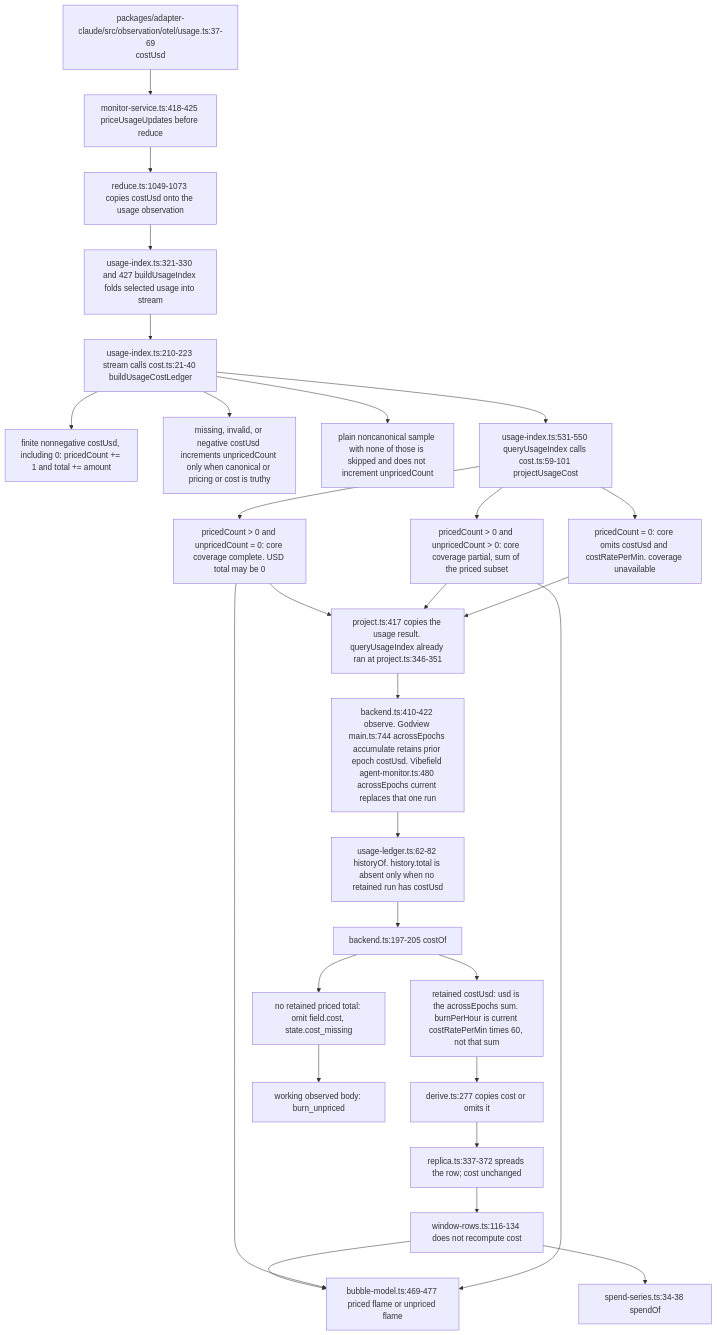
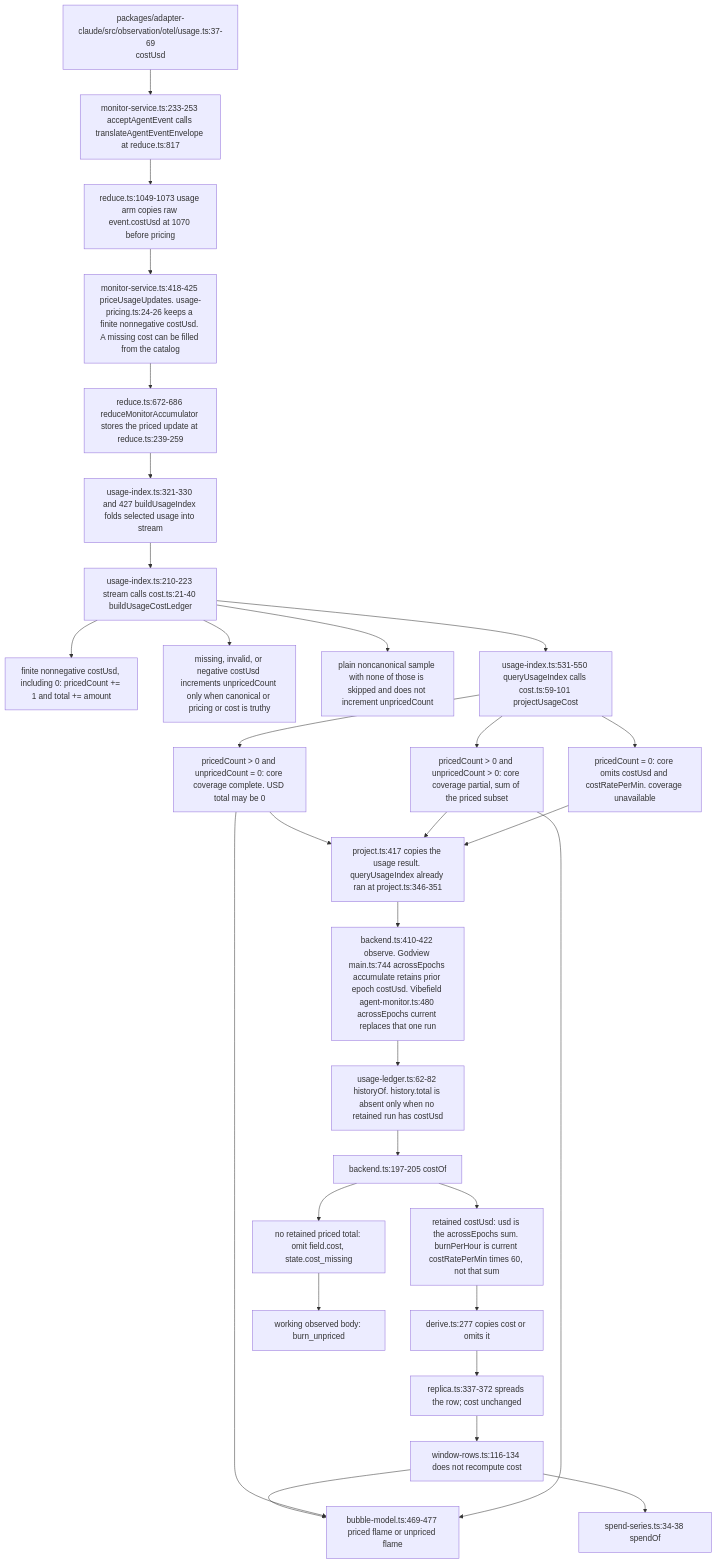
One commit to vibefield/vibefield changed the diagram in audit/godview/evidence/claude/cost.mmd. Above: the diagram before and after it, drawn with Mermaid. The commit also changed 40 other files, not shown here.

```diff
--- a/audit/godview/evidence/claude/cost.mmd
+++ b/audit/godview/evidence/claude/cost.mmd
@@ -1,32 +1,34 @@
 %% field: field.cost.usd
 %% adapter: claude
 %% forensic: source-read; liveObserved false
 flowchart TD
   signal["packages/adapter-claude/src/observation/otel/usage.ts:37-69\ncostUsd"]
-  signal --> price["monitor-service.ts:418-425 priceUsageUpdates before reduce"]
-  price --> reduce["reduce.ts:1049-1073 copies costUsd onto the usage observation"]
-  reduce --> index["usage-index.ts:321-330 and 427 buildUsageIndex folds selected usage into stream"]
+  signal --> accept["monitor-service.ts:233-253 acceptAgentEvent calls translateAgentEventEnvelope at reduce.ts:817"]
+  accept --> translate["reduce.ts:1049-1073 usage arm copies raw event.costUsd at 1070 before pricing"]
+  translate --> price["monitor-service.ts:418-425 priceUsageUpdates. usage-pricing.ts:24-26 keeps a finite nonnegative costUsd. A missing cost can be filled from the catalog"]
+  price --> accum["reduce.ts:672-686 reduceMonitorAccumulator stores the priced update at reduce.ts:239-259"]
+  accum --> index["usage-index.ts:321-330 and 427 buildUsageIndex folds selected usage into stream"]
   index --> counts["usage-index.ts:210-223 stream calls cost.ts:21-40 buildUsageCostLedger"]
   counts --> pricedObs["finite nonnegative costUsd, including 0: pricedCount += 1 and total += amount"]
   counts --> guarded["missing, invalid, or negative costUsd increments unpricedCount only when canonical or pricing or cost is truthy"]
   counts --> skipped["plain noncanonical sample with none of those is skipped and does not increment unpricedCount"]
   counts --> decide["usage-index.ts:531-550 queryUsageIndex calls cost.ts:59-101 projectUsageCost"]
   decide --> complete["pricedCount > 0 and unpricedCount = 0: core coverage complete. USD total may be 0"]
   decide --> partialCore["pricedCount > 0 and unpricedCount > 0: core coverage partial, sum of the priced subset"]
   decide --> coreNone["pricedCount = 0: core omits costUsd and costRatePerMin. coverage unavailable"]
   complete --> project["project.ts:417 copies the usage result. queryUsageIndex already ran at project.ts:346-351"]
   partialCore --> project
   coreNone --> project
   project --> epochs["backend.ts:410-422 observe. Godview main.ts:744 acrossEpochs accumulate retains prior epoch costUsd. Vibefield agent-monitor.ts:480 acrossEpochs current replaces that one run"]
   epochs --> agg["usage-ledger.ts:62-82 historyOf. history.total is absent only when no retained run has costUsd"]
   agg --> costOf["backend.ts:197-205 costOf"]
   costOf --> missing["no retained priced total: omit field.cost, state.cost_missing"]
   costOf --> kept["retained costUsd: usd is the acrossEpochs sum. burnPerHour is current costRatePerMin times 60, not that sum"]
   kept --> derive["derive.ts:277 copies cost or omits it"]
   derive --> replica["replica.ts:337-372 spreads the row; cost unchanged"]
   replica --> window["window-rows.ts:116-134 does not recompute cost"]
   window --> swarm["bubble-model.ts:469-477 priced flame or unpriced flame"]
   window --> spend["spend-series.ts:34-38 spendOf"]
   complete --> swarm
   partialCore --> swarm
   missing --> unpricedFlame["working observed body: burn_unpriced"]
```
